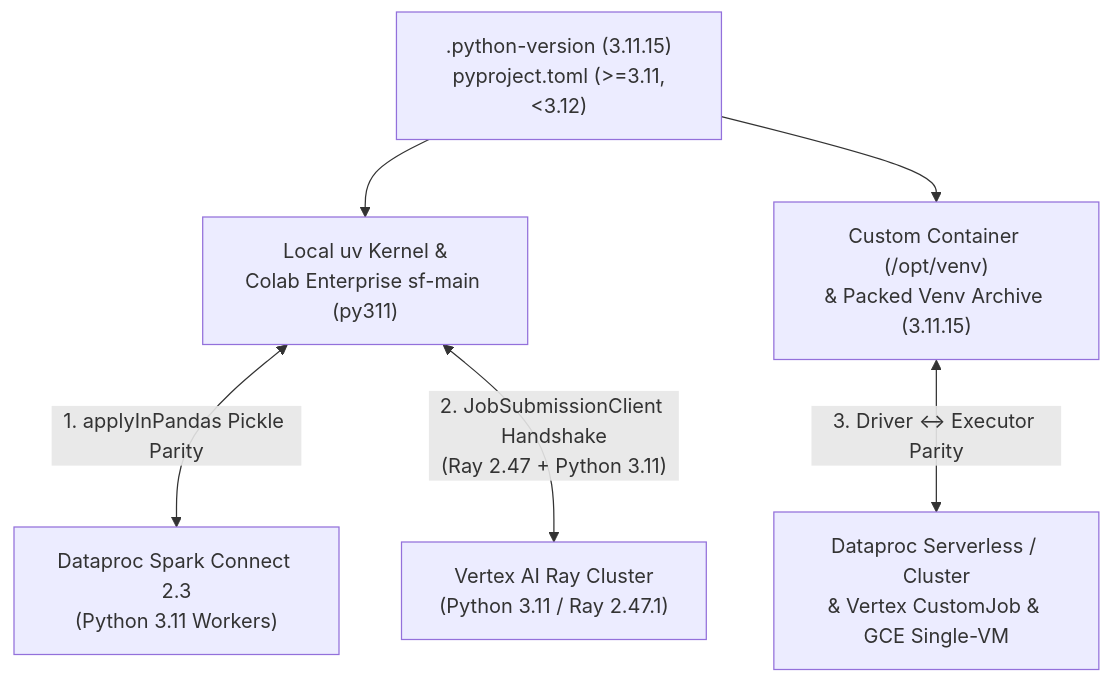
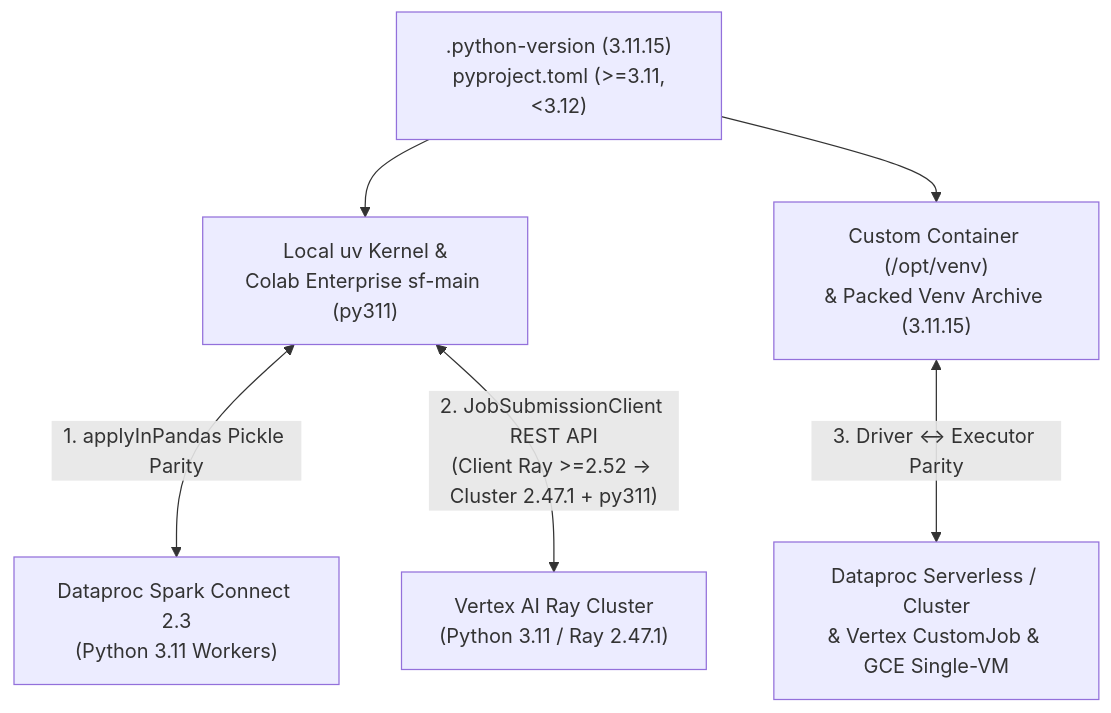
One commit to statmike/scale-forecasting changed the diagram in docs/version_matrix.md. Above: the diagram before and after it, drawn with Mermaid. The commit also changed other lines of this file and 5 other files, not shown here.

````diff
--- a/docs/version_matrix.md
+++ b/docs/version_matrix.md
@@ -21,9 +21,9 @@
 ```mermaid
 flowchart TD
     Pin[".python-version (3.11.15)\npyproject.toml (>=3.11,<3.12)"]
     Pin --> Kernel["Local uv Kernel &\nColab Enterprise sf-main (py311)"]
     Pin --> Container["Custom Container (/opt/venv)\n& Packed Venv Archive (3.11.15)"]
     Kernel <-->|"1. applyInPandas Pickle Parity"| Connect["Dataproc Spark Connect 2.3\n(Python 3.11 Workers)"]
-    Kernel <-->|"2. JobSubmissionClient Handshake\n(Ray 2.47 + Python 3.11)"| VertexRay["Vertex AI Ray Cluster\n(Python 3.11 / Ray 2.47.1)"]
+    Kernel <-->|"2. JobSubmissionClient REST API\n(Client Ray >=2.52 -> Cluster 2.47.1 + py311)"| VertexRay["Vertex AI Ray Cluster\n(Python 3.11 / Ray 2.47.1)"]
     Container <-->|"3. Driver ↔ Executor Parity"| Batch["Dataproc Serverless / Cluster\n& Vertex CustomJob & GCE Single-VM"]
 ```
````
